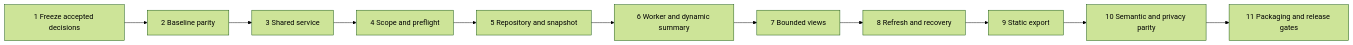
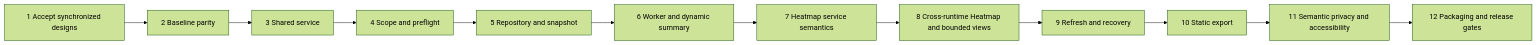
The ninth of 10 diagrams in docs/design/high-level/HLD-003-agent-report-dynamic-app-and-static-export.md (martinbechard/agent-runner), drawn with Mermaid (forest theme) before and after one commit. The commit also changed other lines of this file, not shown here.

Commit message:
docs: reconcile dynamic heatmap high-level design

````diff
--- a/docs/design/high-level/HLD-003-agent-report-dynamic-app-and-static-export.md
+++ b/docs/design/high-level/HLD-003-agent-report-dynamic-app-and-static-export.md
@@ -538,13 +610,14 @@
 ```mermaid
 flowchart LR
-  S1[1 Freeze accepted decisions] --> S2[2 Baseline parity]
+  S1[1 Accept synchronized designs] --> S2[2 Baseline parity]
   S2 --> S3[3 Shared service]
   S3 --> S4[4 Scope and preflight]
   S4 --> S5[5 Repository and snapshot]
   S5 --> S6[6 Worker and dynamic summary]
-  S6 --> S7[7 Bounded views]
-  S7 --> S8[8 Refresh and recovery]
-  S8 --> S9[9 Static export]
-  S9 --> S10[10 Semantic and privacy parity]
-  S10 --> S11[11 Packaging and release gates]
+  S6 --> S7[7 Heatmap service semantics]
+  S7 --> S8[8 Cross-runtime Heatmap and bounded views]
+  S8 --> S9[9 Refresh and recovery]
+  S9 --> S10[10 Static export]
+  S10 --> S11[11 Semantic privacy and accessibility]
+  S11 --> S12[12 Packaging and release gates]
 ```
````
